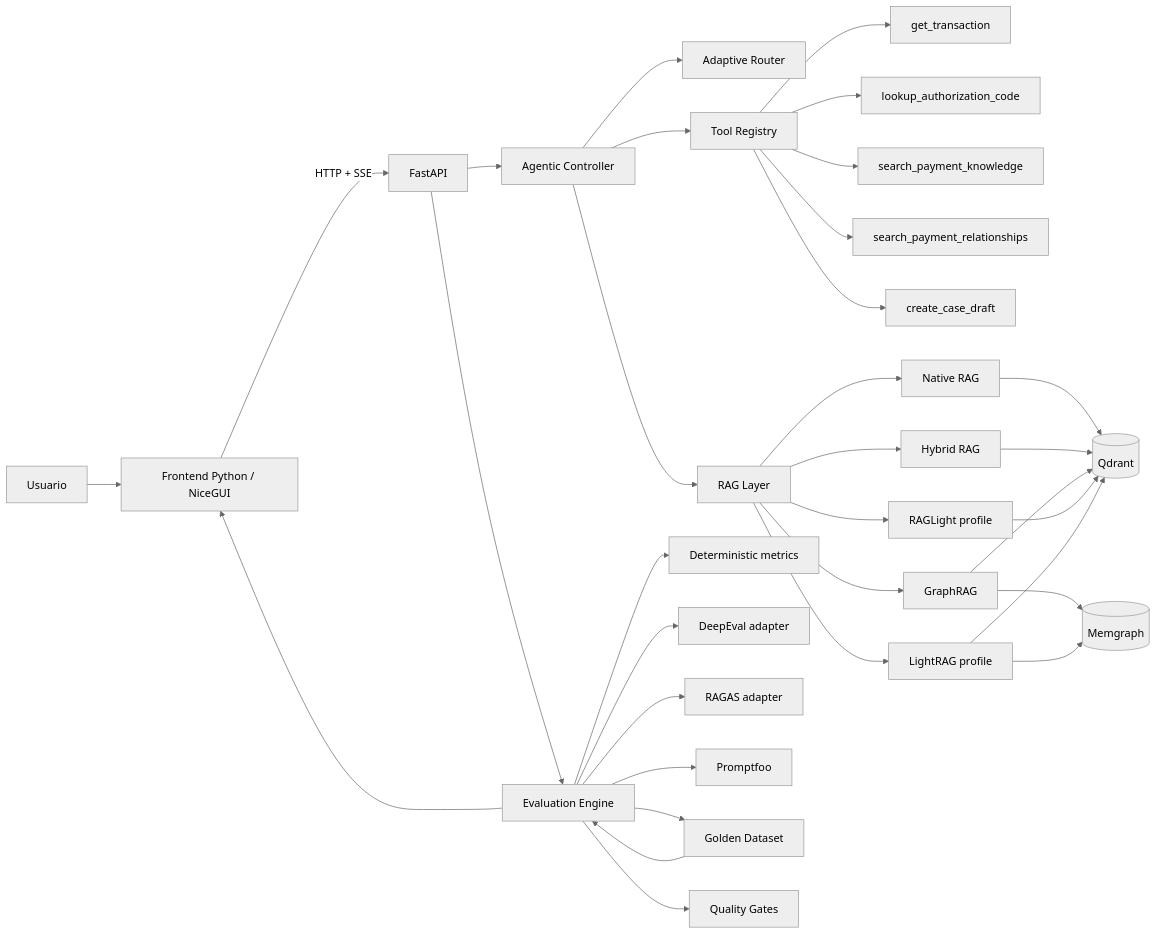
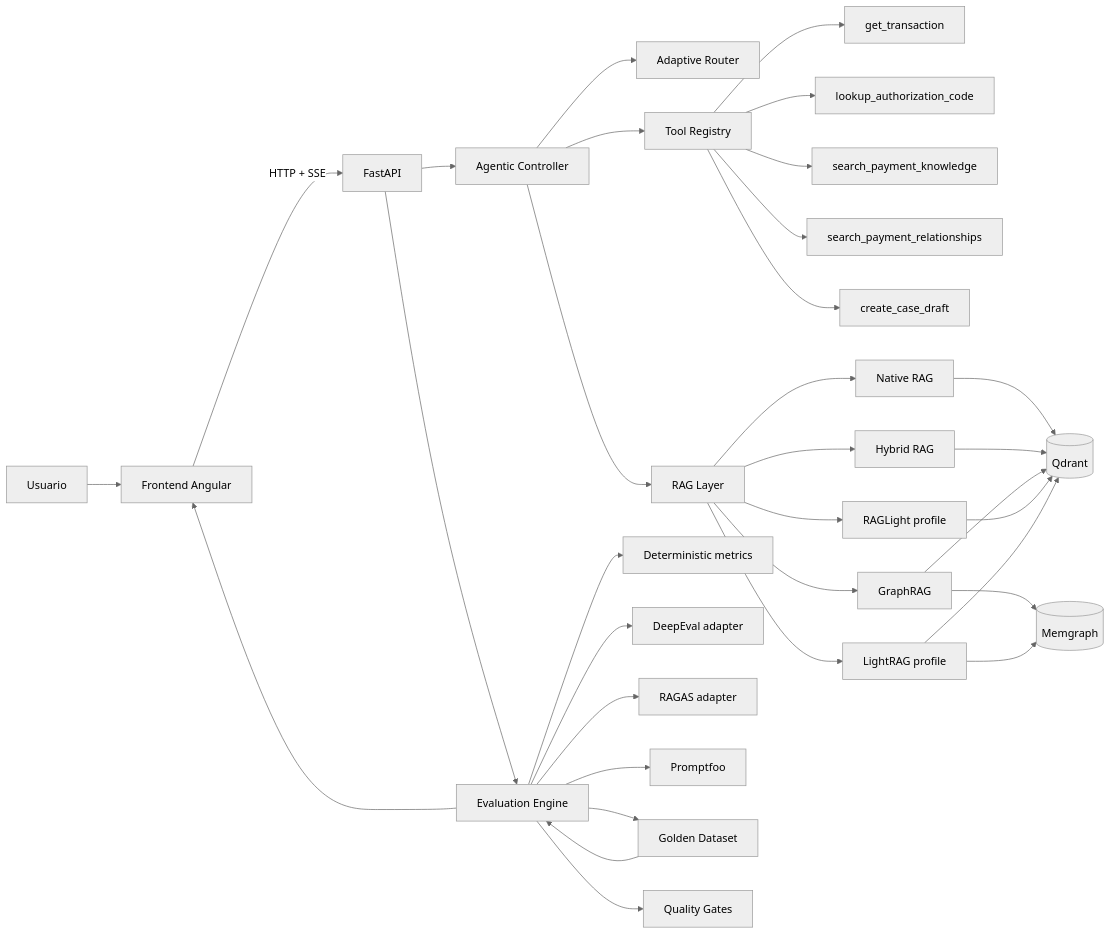
The diagram in README.md (edgarrth/python-agentic-rag-evals), drawn with Mermaid (neutral theme) before and after one commit. The commit also changed other lines of this file and 35 other files, not shown here.

Commit message:
reestructurando frontend a angular

````diff
--- a/README.md
+++ b/README.md
@@ -47,41 +47,41 @@
 ```mermaid
 flowchart LR
-    U[Usuario] --> UI[Frontend Python / NiceGUI]
+    U[Usuario] --> UI[Frontend Angular]
     UI -->|HTTP + SSE| API[FastAPI]
 
     API --> AC[Agentic Controller]
     AC --> AR[Adaptive Router]
     AC --> TR[Tool Registry]
     AC --> RL[RAG Layer]
 
     TR --> TX[get_transaction]
     TR --> AU[lookup_authorization_code]
     TR --> SK[search_payment_knowledge]
     TR --> SG[search_payment_relationships]
     TR --> CD[create_case_draft]
 
     RL --> NR[Native RAG]
     RL --> HR[Hybrid RAG]
     RL --> GR[GraphRAG]
     RL --> RGL[RAGLight profile]
     RL --> LRG[LightRAG profile]
 
     NR --> Q[(Qdrant)]
     HR --> Q
     GR --> Q
     GR --> M[(Memgraph)]
     RGL --> Q
     LRG --> Q
     LRG --> M
 
     API --> EE[Evaluation Engine]
     EE --> CUST[Deterministic metrics]
     EE --> DE[DeepEval adapter]
     EE --> RA[RAGAS adapter]
     EE --> PF[Promptfoo]
     EE --> GD[Golden Dataset]
     EE --> GT[Quality Gates]
 
     GD --> EE
     EE --> UI
 ```
````
